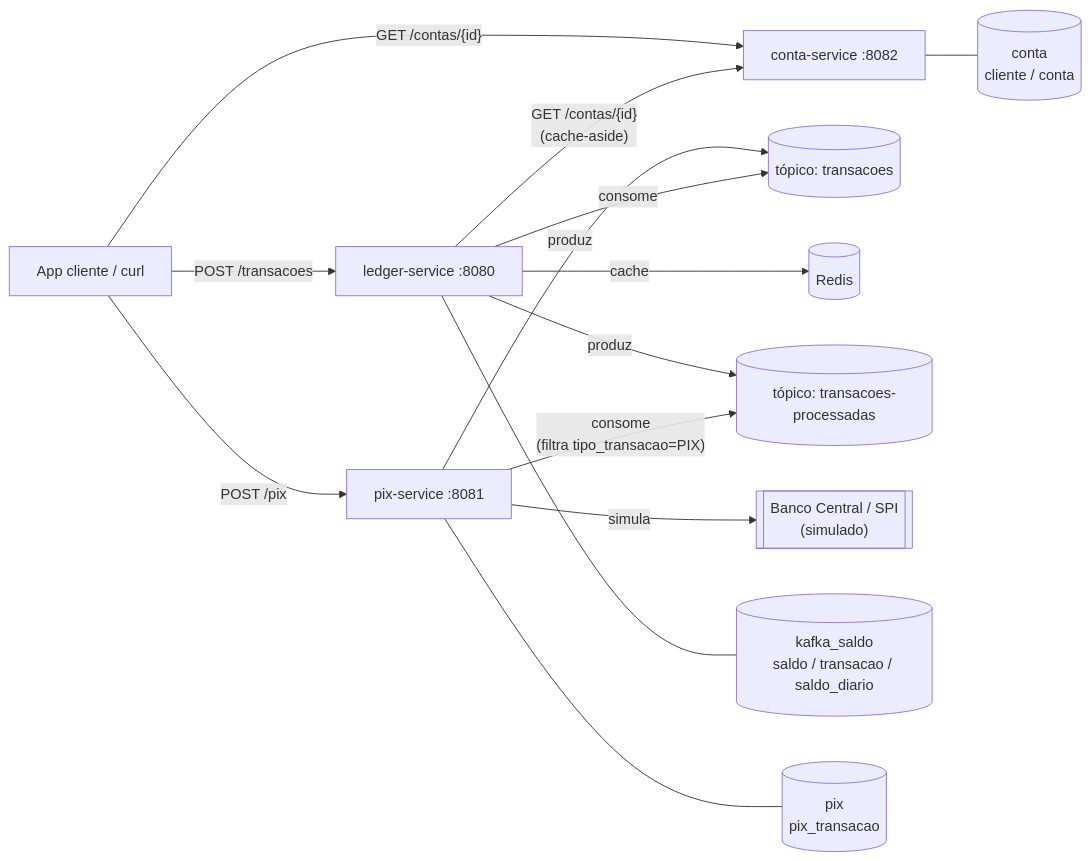
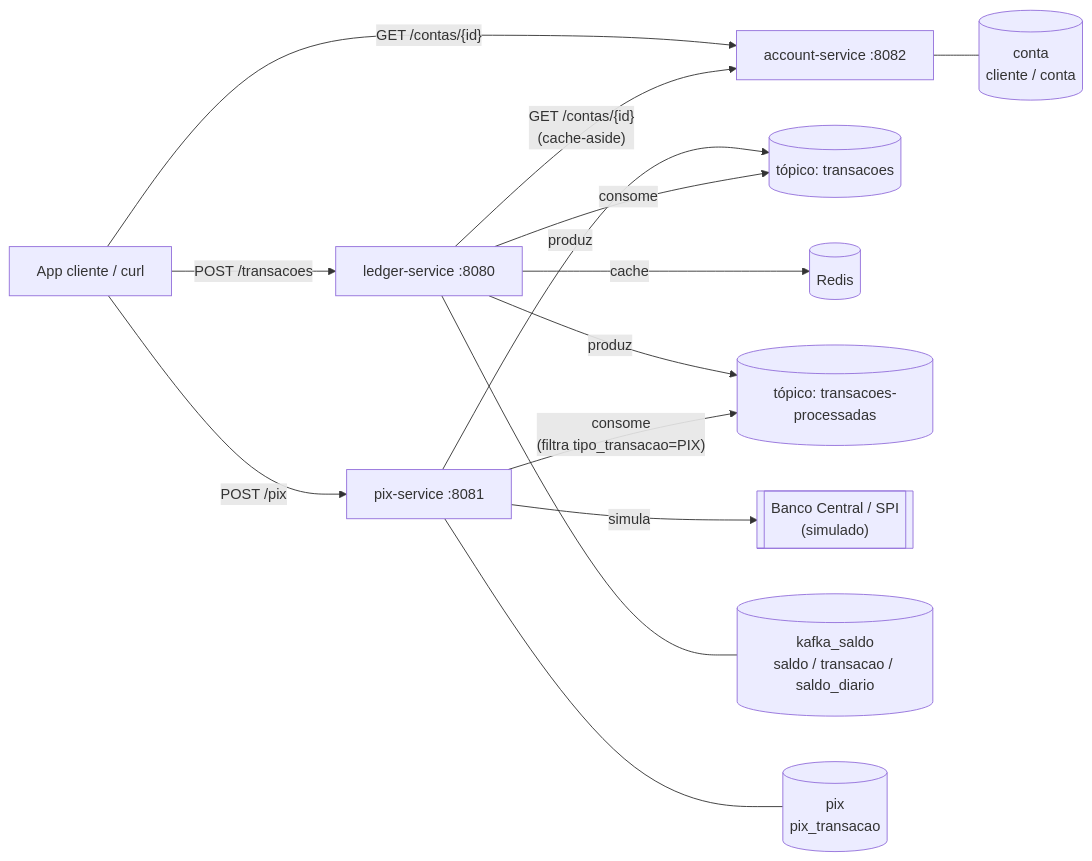
One commit to lucianoft/banco-digital-kafka changed the first of 2 diagrams in README.md. Above: the diagram before and after it, drawn with Mermaid. The commit also changed other lines of this file and 132 other files, not shown here.

````diff
--- a/README.md
+++ b/README.md
@@ -24,22 +24,22 @@
 ```mermaid
 flowchart LR
     Cliente["App cliente / curl"]
 
     Cliente -->|"POST /pix"| PIX["pix-service :8081"]
     Cliente -->|"POST /transacoes"| LEDGER["ledger-service :8080"]
-    Cliente -->|"GET /contas/{id}"| CONTA["conta-service :8082"]
+    Cliente -->|"GET /contas/{id}"| CONTA["account-service :8082"]
 
     PIX -->|produz| T[("tópico: transacoes")]
     LEDGER -->|consome| T
 
     LEDGER -->|"GET /contas/{id}<br/>(cache-aside)"| CONTA
     LEDGER -->|cache| REDIS[("Redis")]
 
     LEDGER -->|produz| TP[("tópico: transacoes-processadas")]
     PIX -->|"consome<br/>(filtra tipo_transacao=PIX)"| TP
     PIX -->|simula| BACEN[["Banco Central / SPI<br/>(simulado)"]]
 
     LEDGER --- DBL[("kafka_saldo<br/>saldo / transacao / saldo_diario")]
     CONTA --- DBC[("conta<br/>cliente / conta")]
     PIX --- DBP[("pix<br/>pix_transacao")]
 ```
````
